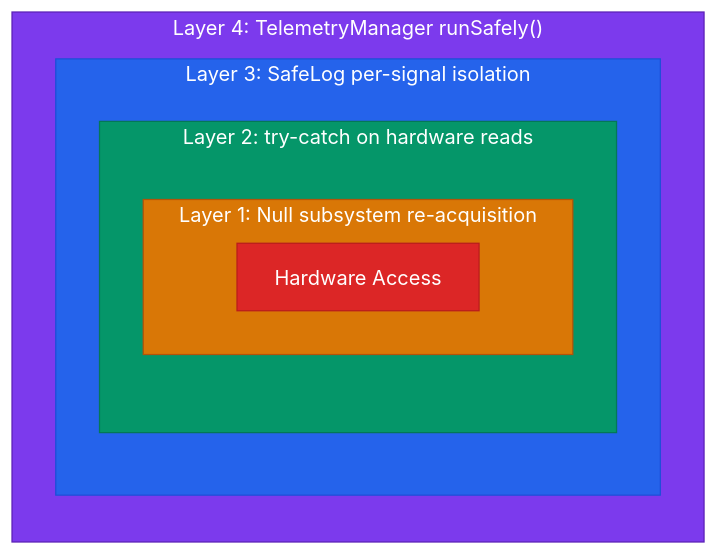
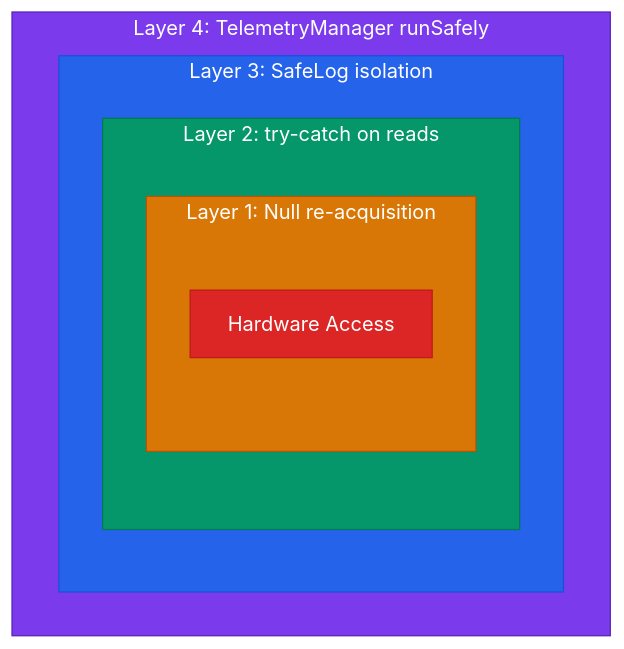
The first of 2 diagrams in docs/architecture/safety-architecture.md (eeveemara/frc5962-2026-docs), drawn with Mermaid before and after one commit.

Commit message:
chart clean up

````diff
--- a/docs/architecture/safety-architecture.md
+++ b/docs/architecture/safety-architecture.md
@@ -11,21 +11,18 @@
 ```mermaid
 flowchart TB
-    subgraph L4["Layer 4: TelemetryManager runSafely()"]
-        direction TB
-        subgraph L3["Layer 3: SafeLog per-signal isolation"]
-            direction TB
-            subgraph L2["Layer 2: try-catch on hardware reads"]
-                direction TB
-                subgraph L1["Layer 1: Null subsystem re-acquisition"]
+    subgraph L4["Layer 4: TelemetryManager runSafely"]
+        subgraph L3["Layer 3: SafeLog isolation"]
+            subgraph L2["Layer 2: try-catch on reads"]
+                subgraph L1["Layer 1: Null re-acquisition"]
                     HW[Hardware Access]
                 end
             end
         end
     end
 
     style L4 fill:#7c3aed,stroke:#5b21b6,color:#fff
     style L3 fill:#2563eb,stroke:#1d4ed8,color:#fff
     style L2 fill:#059669,stroke:#047857,color:#fff
     style L1 fill:#d97706,stroke:#b45309,color:#fff
     style HW fill:#dc2626,stroke:#b91c1c,color:#fff
 ```
````
